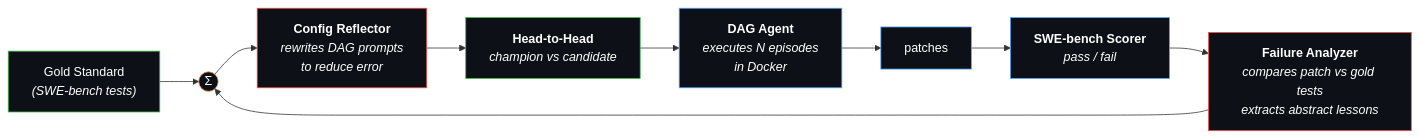
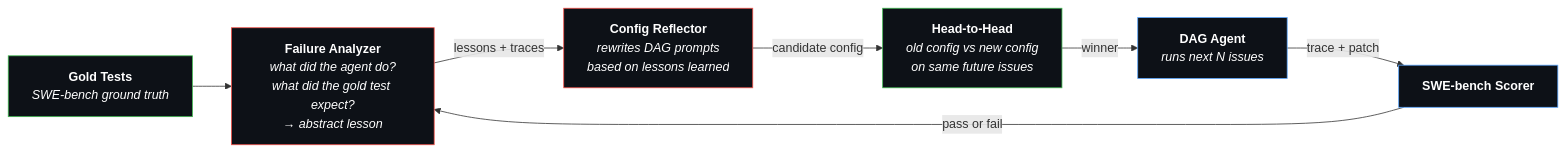
One commit to Midas-Agent-Dev/midas-agent changed the diagram in README.md. Above: the diagram before and after it, drawn with Mermaid. The commit also changed other lines of this file, not shown here.

Commit message:
README: rewrite config evolution diagram and explanation
Diagram: clear labels with questions/actions at each step, no PID
symbols. Explanation walks through a concrete example and describes
how lessons are integrated (naturally, not appended).

````diff
--- a/README.md
+++ b/README.md
@@ -32,20 +32,16 @@
 ```mermaid
 flowchart LR
-    R["Gold Standard<br/><i>(SWE-bench tests)</i>"] --> E
-    E(("Σ")) --> C
-    C["<b>Config Reflector</b><br/><i>rewrites DAG prompts</i><br/><i>to reduce error</i>"] --> V
-    V["<b>Head-to-Head</b><br/><i>champion vs candidate</i>"] --> P
-    P["<b>DAG Agent</b><br/><i>executes N episodes</i><br/><i>in Docker</i>"] --> O["patches"]
-    O --> S
-    S["<b>SWE-bench Scorer</b><br/><i>pass / fail</i>"] --> FB
-    FB["<b>Failure Analyzer</b><br/><i>compares patch vs gold tests</i><br/><i>extracts abstract lessons</i>"] --> E
+    GS["<b>Gold Tests</b><br/><i>SWE-bench ground truth</i>"] --> FA
+    FA["<b>Failure Analyzer</b><br/><i>what did the agent do?</i><br/><i>what did the gold test expect?</i><br/><i>→ abstract lesson</i>"] -->|"lessons + traces"| CR
+    CR["<b>Config Reflector</b><br/><i>rewrites DAG prompts</i><br/><i>based on lessons learned</i>"] -->|"candidate config"| HH
+    HH["<b>Head-to-Head</b><br/><i>old config vs new config</i><br/><i>on same future issues</i>"] -->|"winner"| DA
+    DA["<b>DAG Agent</b><br/><i>runs next N issues</i>"] -->|"trace + patch"| SC
+    SC["<b>SWE-bench Scorer</b>"] -->|"pass or fail"| FA
 
-    style R fill:#0d1117,stroke:#3fb950,color:#fff
-    style E fill:#0d1117,stroke:#f0883e,color:#fff
-    style C fill:#0d1117,stroke:#f85149,color:#fff
-    style V fill:#0d1117,stroke:#3fb950,color:#fff
-    style P fill:#0d1117,stroke:#58a6ff,color:#fff
-    style O fill:#0d1117,stroke:#58a6ff,color:#fff
-    style S fill:#0d1117,stroke:#58a6ff,color:#fff
-    style FB fill:#0d1117,stroke:#f85149,color:#fff
+    style GS fill:#0d1117,stroke:#3fb950,color:#fff
+    style FA fill:#0d1117,stroke:#f85149,color:#fff
+    style CR fill:#0d1117,stroke:#f85149,color:#fff
+    style HH fill:#0d1117,stroke:#3fb950,color:#fff
+    style DA fill:#0d1117,stroke:#58a6ff,color:#fff
+    style SC fill:#0d1117,stroke:#58a6ff,color:#fff
 ```
````
